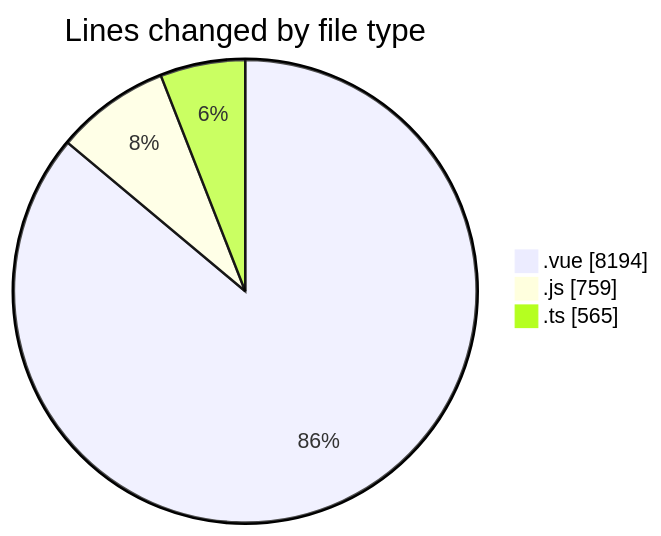
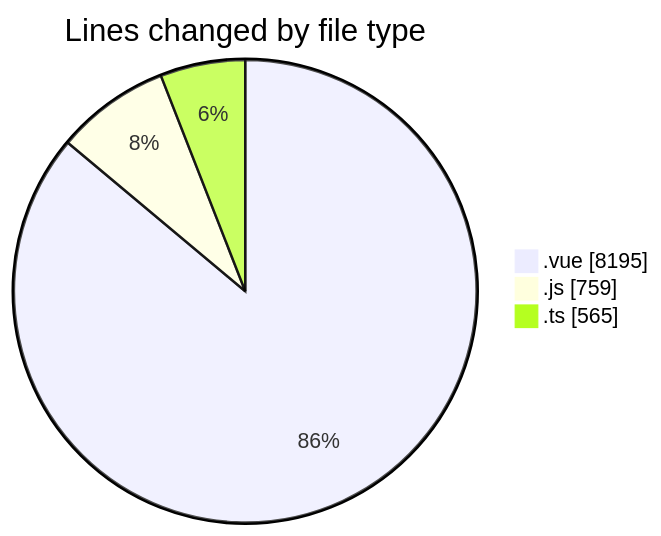
Before and after one commit to lephambinh05/code-tracking: the first of 2 diagrams in 2025-08-13/rentotp/README.md, drawn with Mermaid. The commit also changed other lines of this file and 1 other file, not shown here.

````diff
--- a/2025-08-13/rentotp/README.md
+++ b/2025-08-13/rentotp/README.md
@@ -36,7 +36,7 @@
 ```mermaid
 pie showData
 title Lines changed by file type
-".vue" : 8194
+".vue" : 8195
 ".js" : 759
 ".ts" : 565
 ```
````
